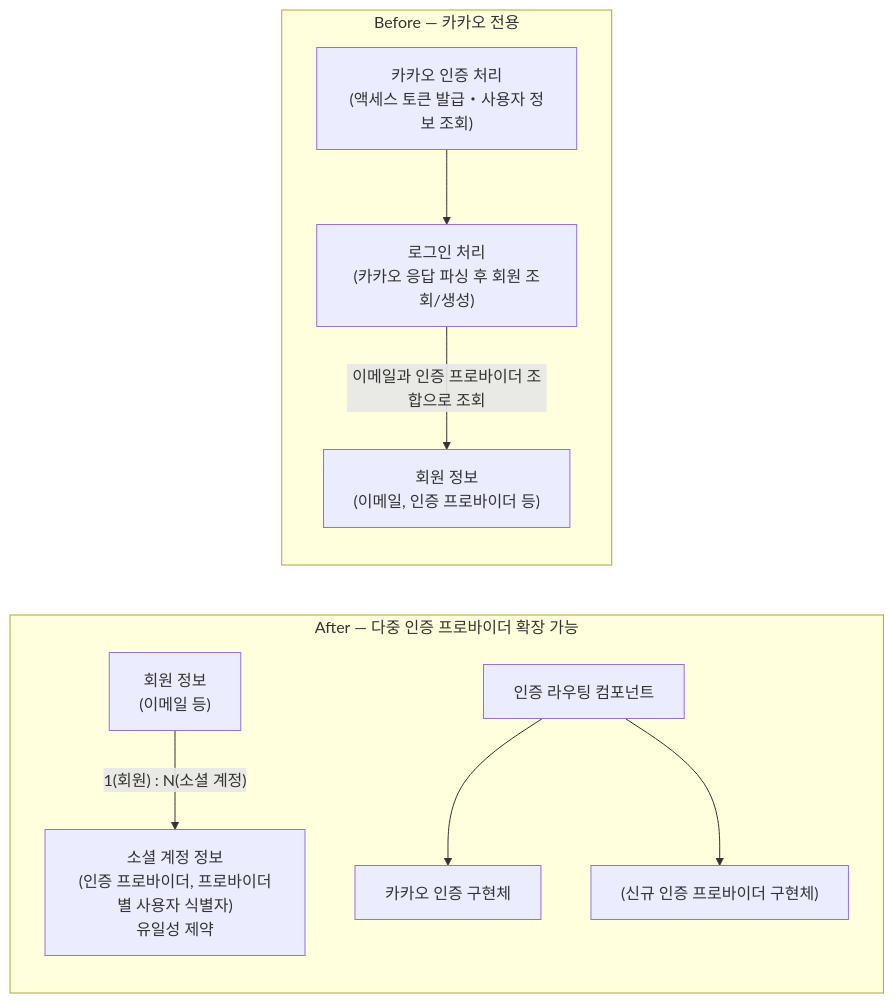
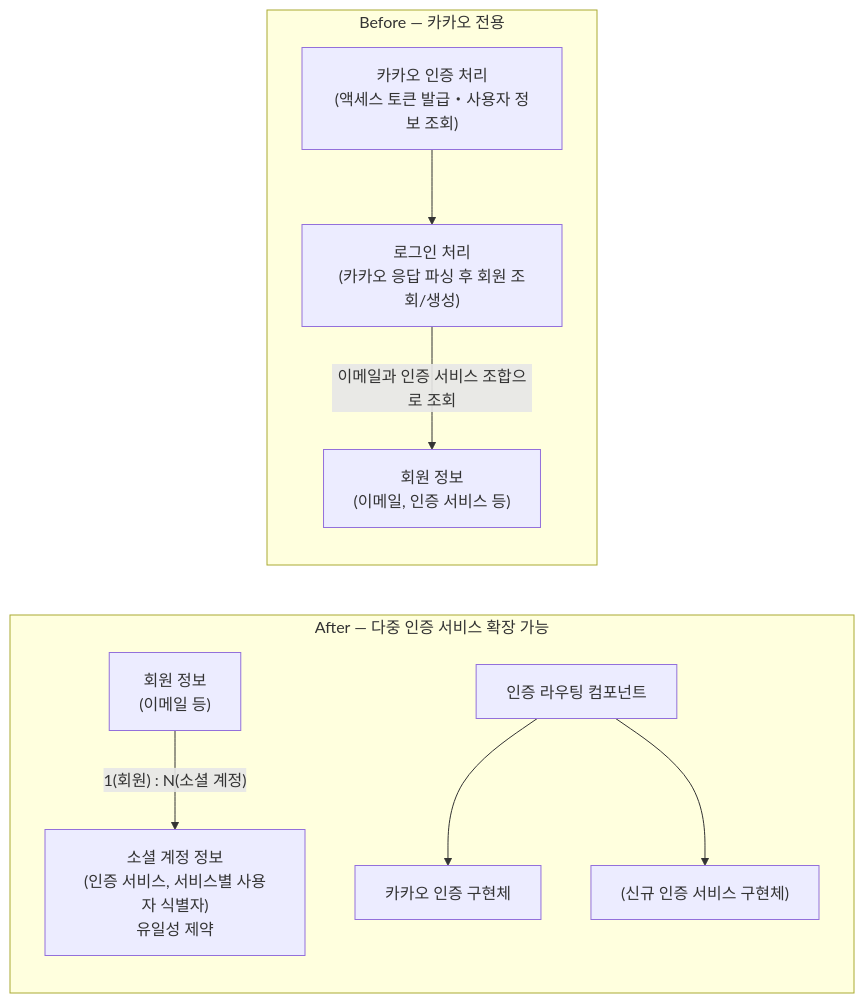
Before and after one commit to Jinpyo-An/Jinpyo-An.github.io: the diagram in src/content/projects/concert-ticketing/troubleshooting/oauth-multi-provider/index.md, drawn with Mermaid. The commit also changed other lines of this file, not shown here.

````diff
--- a/src/content/projects/concert-ticketing/troubleshooting/oauth-multi-provider/index.md
+++ b/src/content/projects/concert-ticketing/troubleshooting/oauth-multi-provider/index.md
@@ -32,26 +32,26 @@
 ```mermaid
 flowchart TB
     subgraph BEFORE["Before — 카카오 전용"]
         direction TB
-        U1["회원 정보\n(이메일, 인증 프로바이더 등)"]
+        U1["회원 정보\n(이메일, 인증 서비스 등)"]
         OS["카카오 인증 처리\n(액세스 토큰 발급・사용자 정보 조회)"]
         OSS["로그인 처리\n(카카오 응답 파싱 후 회원 조회/생성)"]
         OS --> OSS
-        OSS -->|"이메일과 인증 프로바이더 조합으로 조회"| U1
+        OSS -->|"이메일과 인증 서비스 조합으로 조회"| U1
     end
 
-    subgraph AFTER["After — 다중 인증 프로바이더 확장 가능"]
+    subgraph AFTER["After — 다중 인증 서비스 확장 가능"]
         direction TB
         U2["회원 정보\n(이메일 등)"]
-        SA["소셜 계정 정보\n(인증 프로바이더, 프로바이더별 사용자 식별자)\n유일성 제약"]
+        SA["소셜 계정 정보\n(인증 서비스, 서비스별 사용자 식별자)\n유일성 제약"]
         FACADE["인증 라우팅 컴포넌트"]
         KAKAO["카카오 인증 구현체"]
-        NEW["(신규 인증 프로바이더 구현체)"]
+        NEW["(신규 인증 서비스 구현체)"]
 
         U2 -->|"1(회원) : N(소셜 계정)"| SA
         FACADE --> KAKAO
         FACADE --> NEW
     end
 
     BEFORE ~~~ AFTER
 ```
````
